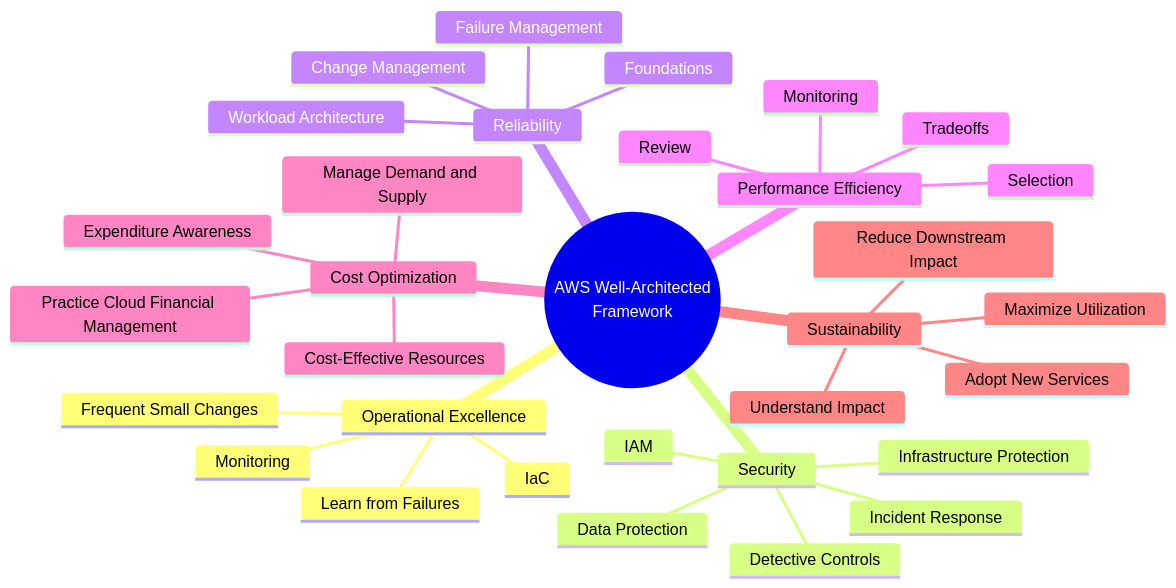
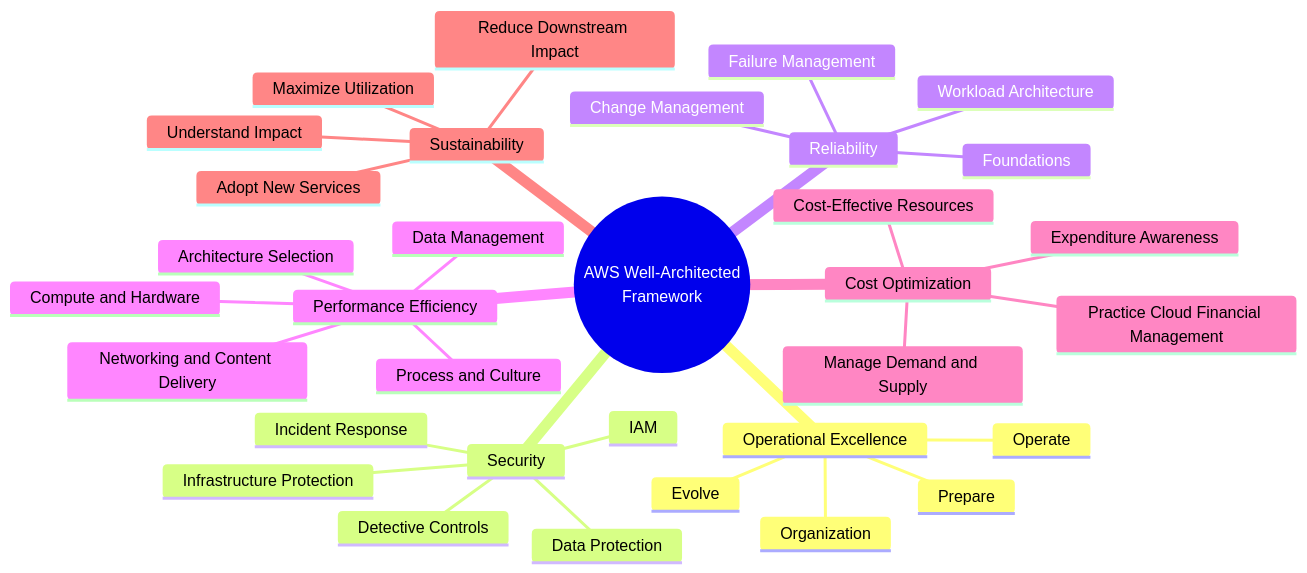
The fourth of 15 diagrams in 01-AWS-Fundamentals/DIAGRAMS.md (vanhoangkha/aws-saa-c03-study-guide-), drawn with Mermaid before and after one commit. The commit also changed other lines of this file and 9 other files, not shown here.

````diff
--- a/01-AWS-Fundamentals/DIAGRAMS.md
+++ b/01-AWS-Fundamentals/DIAGRAMS.md
@@ -127,35 +127,36 @@
 ```mermaid
 mindmap
     root((AWS Well-Architected<br/>Framework))
         Operational Excellence
-            IaC
-            Monitoring
-            Learn from Failures
-            Frequent Small Changes
+            Organization
+            Prepare
+            Operate
+            Evolve
         Security
             IAM
             Detective Controls
             Infrastructure Protection
             Data Protection
             Incident Response
         Reliability
             Foundations
             Workload Architecture
             Change Management
             Failure Management
         Performance Efficiency
-            Selection
-            Review
-            Monitoring
-            Tradeoffs
+            Architecture Selection
+            Compute and Hardware
+            Data Management
+            Networking and Content Delivery
+            Process and Culture
         Cost Optimization
             Practice Cloud Financial Management
             Expenditure Awareness
             Cost-Effective Resources
             Manage Demand and Supply
         Sustainability
             Understand Impact
             Maximize Utilization
             Adopt New Services
             Reduce Downstream Impact
 ```
````
